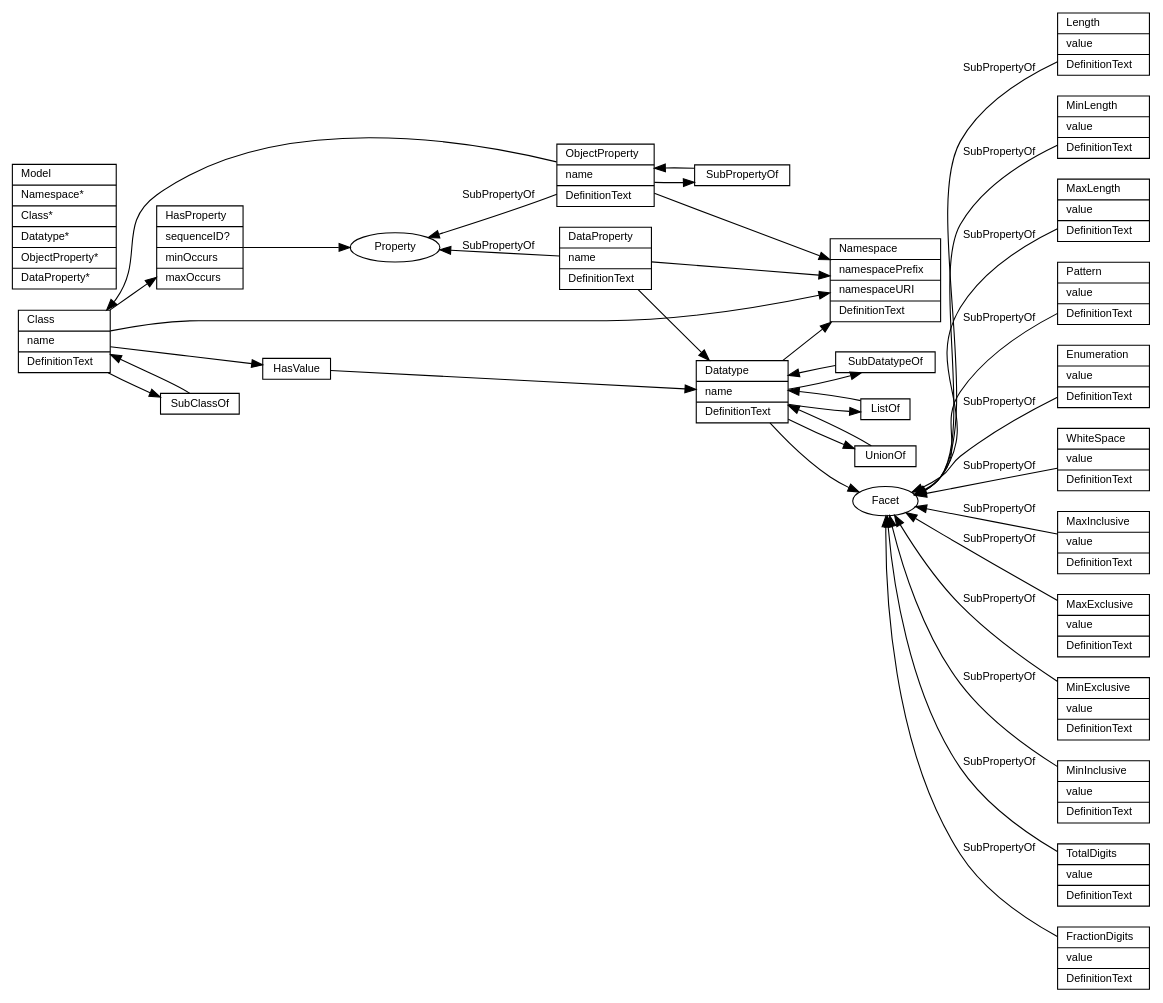
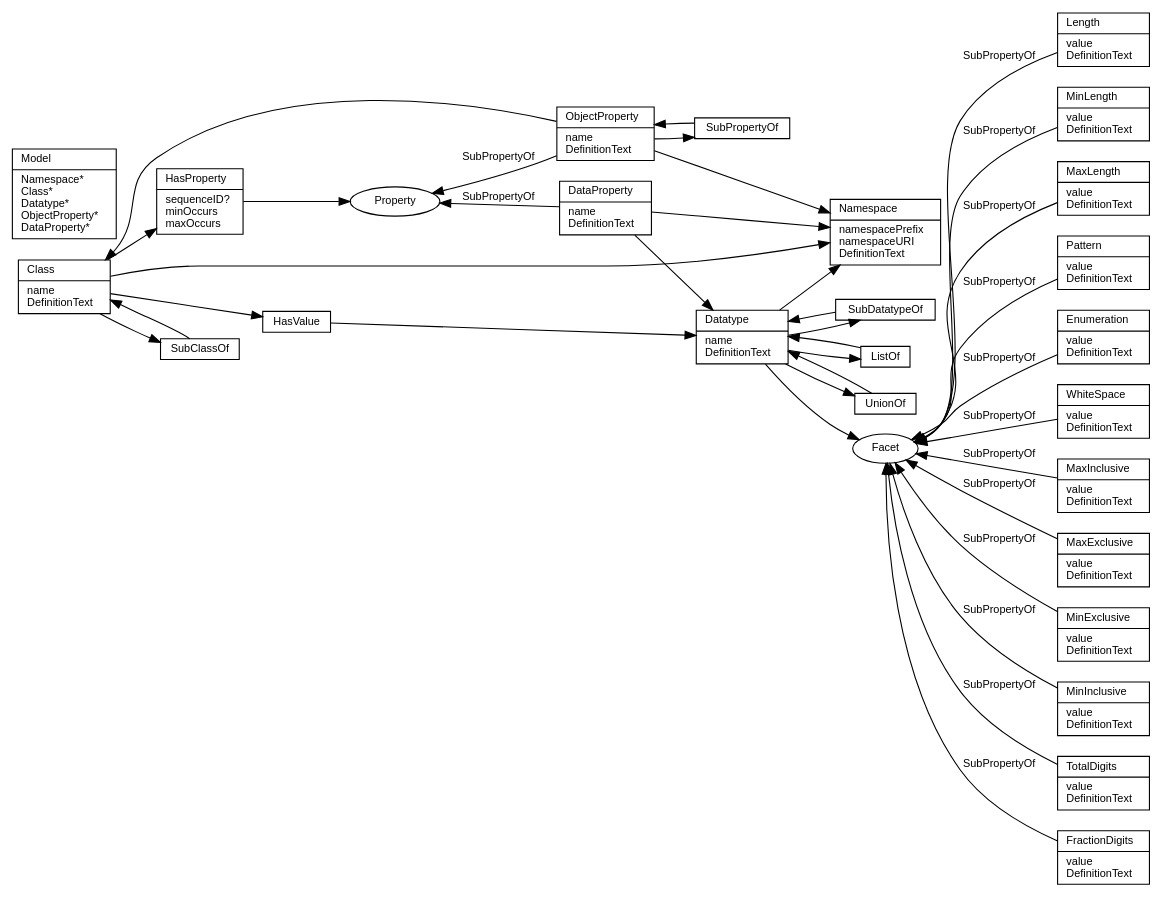
Before and after one commit to webb/niem-metamodel: the diagram in metamodel.dot, drawn with Graphviz. The commit also changed 11 other files, not shown here.

```diff
--- a/metamodel.dot
+++ b/metamodel.dot
@@ -1,47 +1,47 @@
 digraph G {
   edge [fontname = "Helvetica", fontsize = 10, dir = forward];
   node [fontname = "Helvetica", fontsize = 10, width = 0, height = 0];
   rankdir = LR;
 
   node [shape=record];
   
   Class -> { Namespace HasProperty HasValue SubClassOf };
-  Class [label="\N\l|name\l|DefinitionText\l"];
+  Class [label="\N\l|name\lDefinitionText\l"];
   DataProperty -> { Namespace Datatype };
-  DataProperty [label="\N\l|name\l|DefinitionText\l"];
+  DataProperty [label="\N\l|name\lDefinitionText\l"];
   Datatype -> { Namespace SubDatatypeOf ListOf UnionOf Facet };
-  Datatype [label="\N\l|name\l|DefinitionText\l"];
+  Datatype [label="\N\l|name\lDefinitionText\l"];
   Facet [shape=ellipse];
   HasProperty -> Property;
-  HasProperty [label="\N\l|sequenceID?\l|minOccurs\l|maxOccurs\l"];
+  HasProperty [label="\N\l|sequenceID?\lminOccurs\lmaxOccurs\l"];
   HasValue -> Datatype;
   ListOf -> Datatype;
-  Model [label="\N\l|Namespace*\l|Class*\l|Datatype*\l|ObjectProperty*\l|DataProperty*\l"];
+  Model [label="\N\l|Namespace*\lClass*\lDatatype*\lObjectProperty*\lDataProperty*\l"];
   Namespace -> { };
-  Namespace [label="\N\l|namespacePrefix\l|namespaceURI\l|DefinitionText\l"];
+  Namespace [label="\N\l|namespacePrefix\lnamespaceURI\lDefinitionText\l"];
   ObjectProperty -> { Namespace Class SubPropertyOf };
-  ObjectProperty [label="\N\l|name\l|DefinitionText\l"];
+  ObjectProperty [label="\N\l|name\lDefinitionText\l"];
   Property [shape=ellipse];
   SubClassOf -> Class;
   SubDatatypeOf -> { Datatype }           
   SubPropertyOf -> ObjectProperty;
   UnionOf -> Datatype;
 
   // facets
-  Length [label="\N\l|value\l|DefinitionText\l"];
-  MinLength [label="\N\l|value\l|DefinitionText\l"];
-  MaxLength [label="\N\l|value\l|DefinitionText\l"];
-  Pattern [label="\N\l|value\l|DefinitionText\l"];
-  Enumeration [label="\N\l|value\l|DefinitionText\l"];
-  WhiteSpace [label="\N\l|value\l|DefinitionText\l"];
-  MaxInclusive [label="\N\l|value\l|DefinitionText\l"];
-  MaxExclusive [label="\N\l|value\l|DefinitionText\l"];
-  MinExclusive [label="\N\l|value\l|DefinitionText\l"];
-  MinInclusive [label="\N\l|value\l|DefinitionText\l"];
-  TotalDigits [label="\N\l|value\l|DefinitionText\l"];
-  FractionDigits [label="\N\l|value\l|DefinitionText\l"];
+  Length [label="\N\l|value\lDefinitionText\l"];
+  MinLength [label="\N\l|value\lDefinitionText\l"];
+  MaxLength [label="\N\l|value\lDefinitionText\l"];
+  Pattern [label="\N\l|value\lDefinitionText\l"];
+  Enumeration [label="\N\l|value\lDefinitionText\l"];
+  WhiteSpace [label="\N\l|value\lDefinitionText\l"];
+  MaxInclusive [label="\N\l|value\lDefinitionText\l"];
+  MaxExclusive [label="\N\l|value\lDefinitionText\l"];
+  MinExclusive [label="\N\l|value\lDefinitionText\l"];
+  MinInclusive [label="\N\l|value\lDefinitionText\l"];
+  TotalDigits [label="\N\l|value\lDefinitionText\l"];
+  FractionDigits [label="\N\l|value\lDefinitionText\l"];
 
   edge [dir=back, label="SubPropertyOf"];
   Property -> { DataProperty ObjectProperty };
   Facet -> { Length MinLength MaxLength Pattern Enumeration WhiteSpace MaxInclusive MaxExclusive MinExclusive MinInclusive TotalDigits FractionDigits }
 }
```
